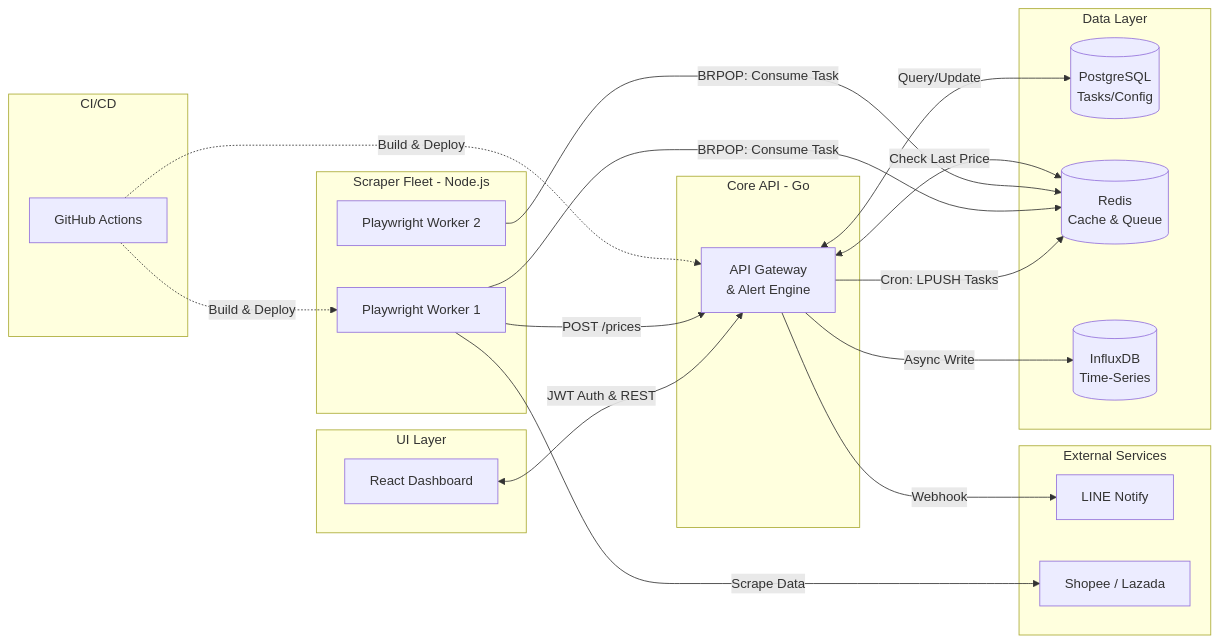
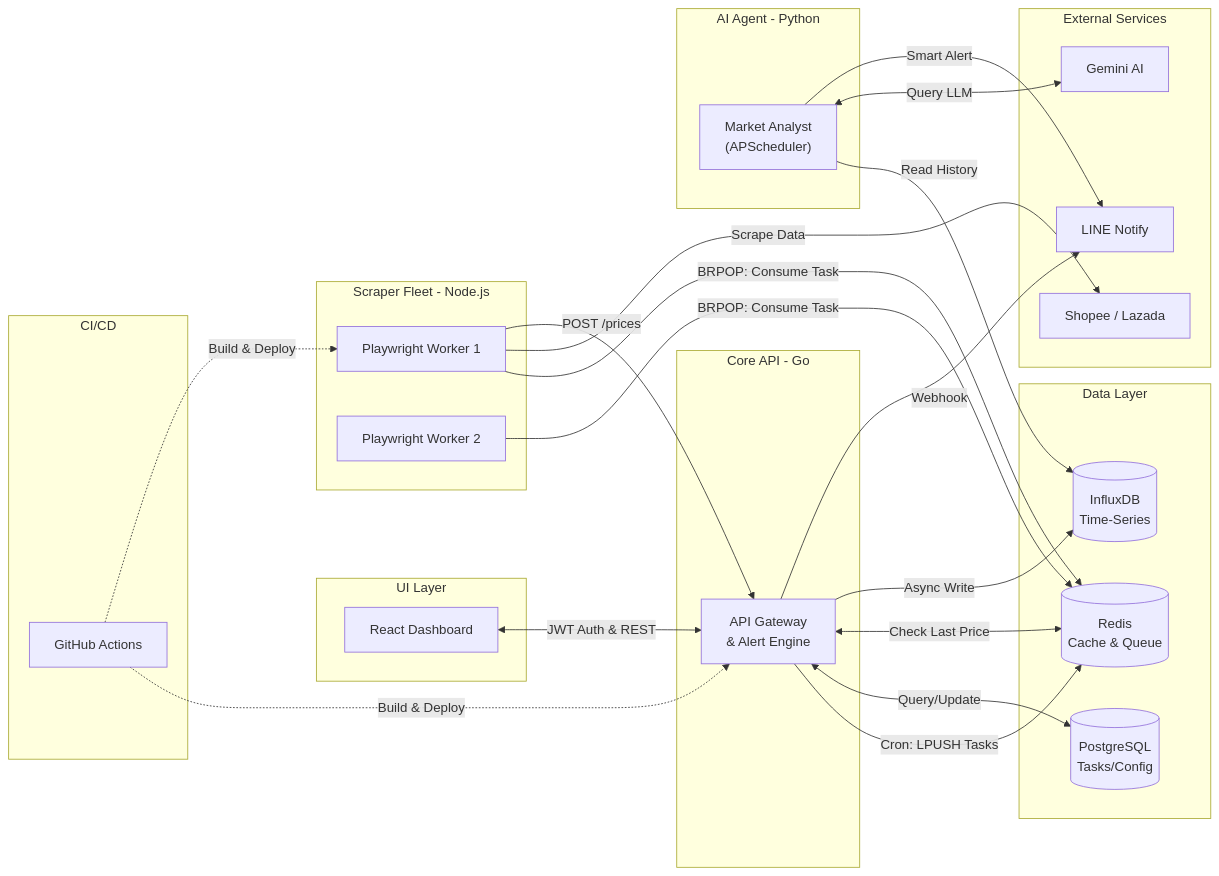
The diagram in README.md (thitipongroo/omni-tracker), drawn with Mermaid before and after one commit. The commit also changed other lines of this file and 6 other files, not shown here.

````diff
--- a/README.md
+++ b/README.md
@@ -39,43 +39,52 @@
 ```mermaid
 flowchart LR
     subgraph Automation [CI/CD]
         CI[GitHub Actions]
     end
 
     subgraph Frontend [UI Layer]
         DASH[React Dashboard]
     end
 
     subgraph Scrapers [Scraper Fleet - Node.js]
         S1[Playwright Worker 1]
         S2[Playwright Worker 2]
     end
 
     subgraph Core [Core API - Go]
         GO["API Gateway\n& Alert Engine"]
     end
     
+    subgraph Analytics [AI Agent - Python]
+        AI["Market Analyst\n(APScheduler)"]
+    end
+    
     subgraph Data [Data Layer]
         PG[(PostgreSQL\nTasks/Config)]
         REDIS[(Redis\nCache & Queue)]
         INFLUX[(InfluxDB\nTime-Series)]
     end
     
     subgraph External [External Services]
         LINE[LINE Notify]
         ECOM[Shopee / Lazada]
+        GEMINI[Gemini AI]
     end
 
     DASH <-->|JWT Auth & REST| GO
     GO -->|Cron: LPUSH Tasks| REDIS
     S1 -->|BRPOP: Consume Task| REDIS
     S2 -->|BRPOP: Consume Task| REDIS
     GO <-->|Query/Update| PG
     S1 -->|Scrape Data| ECOM
     S1 -->|POST /prices| GO
     GO <-->|Check Last Price| REDIS
     GO -->|Async Write| INFLUX
     GO -->|Webhook| LINE
     CI -.->|Build & Deploy| GO
     CI -.->|Build & Deploy| S1
+    
+    AI -->|Read History| INFLUX
+    AI <-->|Query LLM| GEMINI
+    AI -->|Smart Alert| LINE
 ```
````
